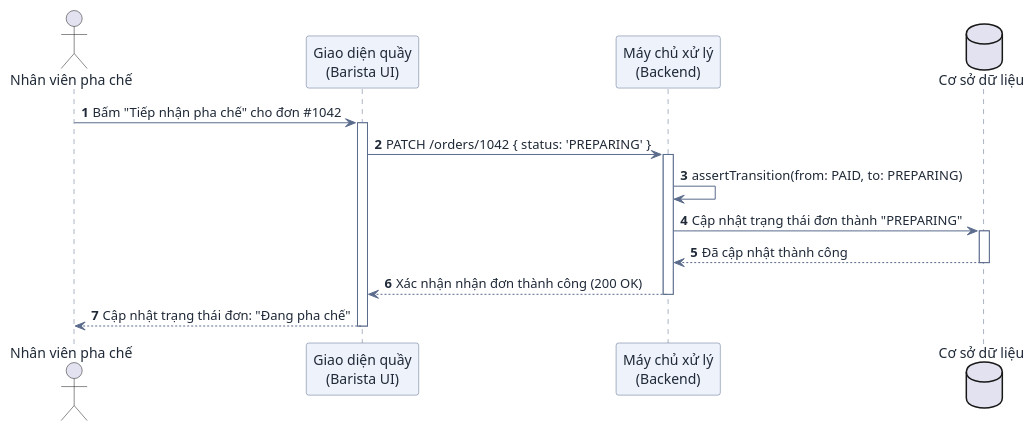
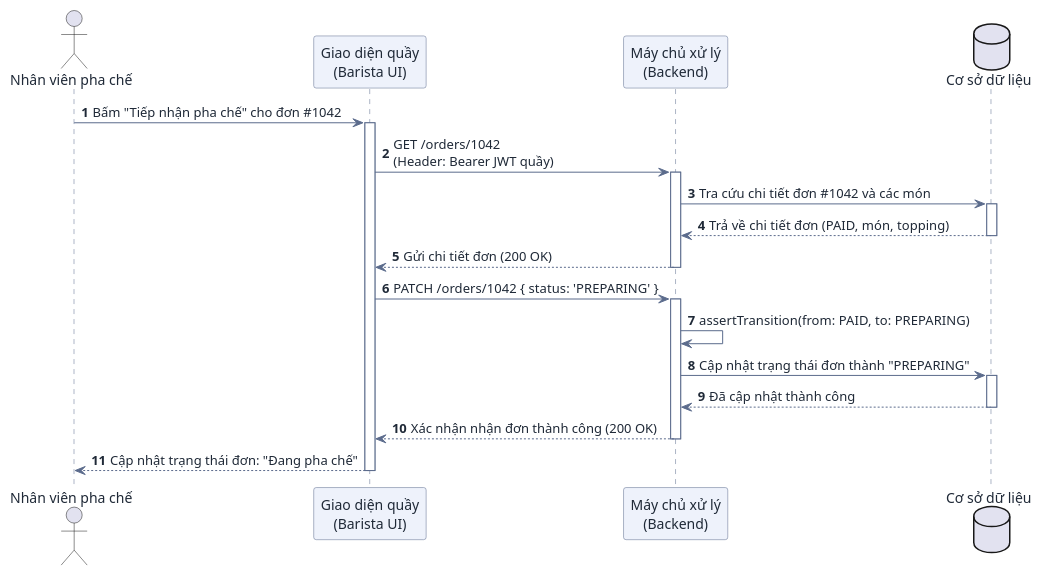
One commit to DuVinhLoi/BrewLite changed the second of 5 diagrams in docs/barista-sequence-specifications.md. Above: the diagram before and after it, drawn with PlantUML. The commit also changed other lines of this file, not shown here.

Commit message:
docs: add GET order detail step to UC09 before PATCH

````diff
--- a/docs/barista-sequence-specifications.md
+++ b/docs/barista-sequence-specifications.md
@@ -39,29 +39,37 @@
 ```plantuml
 @startuml
 skinparam DefaultFontColor #1f2937
 skinparam ArrowColor #5b6b8c
 skinparam SequenceParticipantBackgroundColor #eef2fb
 skinparam SequenceParticipantBorderColor #5b6b8c
 skinparam SequenceLifeLineBorderColor #5b6b8c
 
 autonumber
 actor "Nhân viên pha chế" as Barista
 participant "Giao diện quầy\n(Barista UI)" as QU
 participant "Máy chủ xử lý\n(Backend)" as BE
 database "Cơ sở dữ liệu" as DB
 
 Barista -> QU : Bấm "Tiếp nhận pha chế" cho đơn #1042
 activate QU
+QU -> BE : GET /orders/1042\n(Header: Bearer JWT quầy)
+activate BE
+BE -> DB : Tra cứu chi tiết đơn #1042 và các món
+activate DB
+DB --> BE : Trả về chi tiết đơn (PAID, món, topping)
+deactivate DB
+BE --> QU : Gửi chi tiết đơn (200 OK)
+deactivate BE
 QU -> BE : PATCH /orders/1042 { status: 'PREPARING' }
 activate BE
 BE -> BE : assertTransition(from: PAID, to: PREPARING)
 BE -> DB : Cập nhật trạng thái đơn thành "PREPARING"
 activate DB
 DB --> BE : Đã cập nhật thành công
 deactivate DB
 BE --> QU : Xác nhận nhận đơn thành công (200 OK)
 deactivate BE
 QU --> Barista : Cập nhật trạng thái đơn: "Đang pha chế"
 deactivate QU
 @enduml
 ```
````
